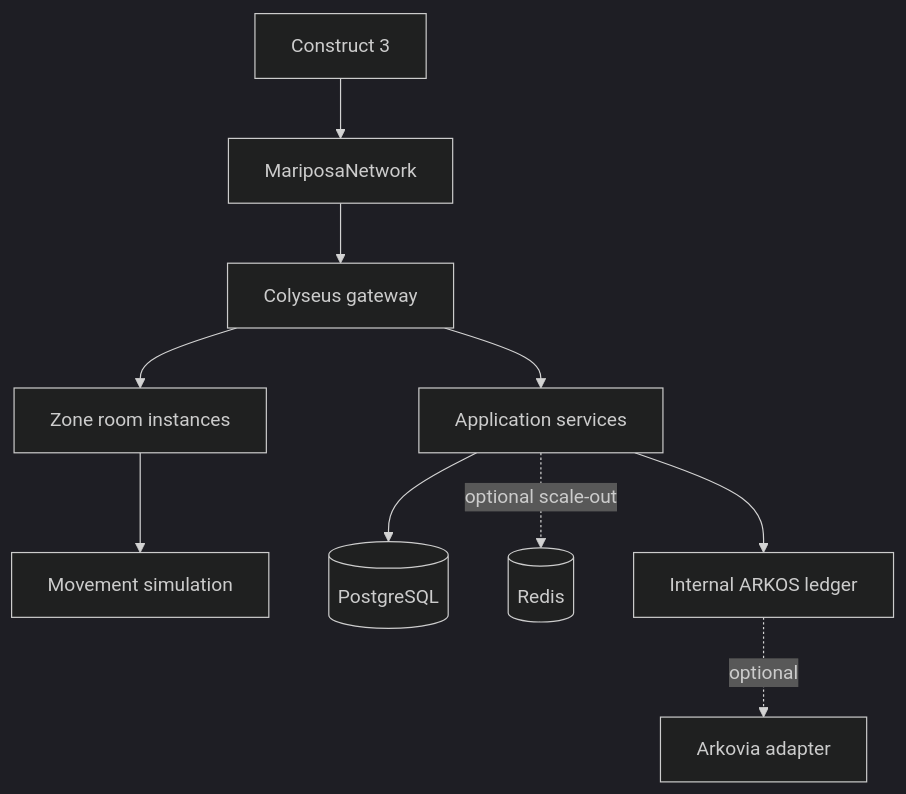
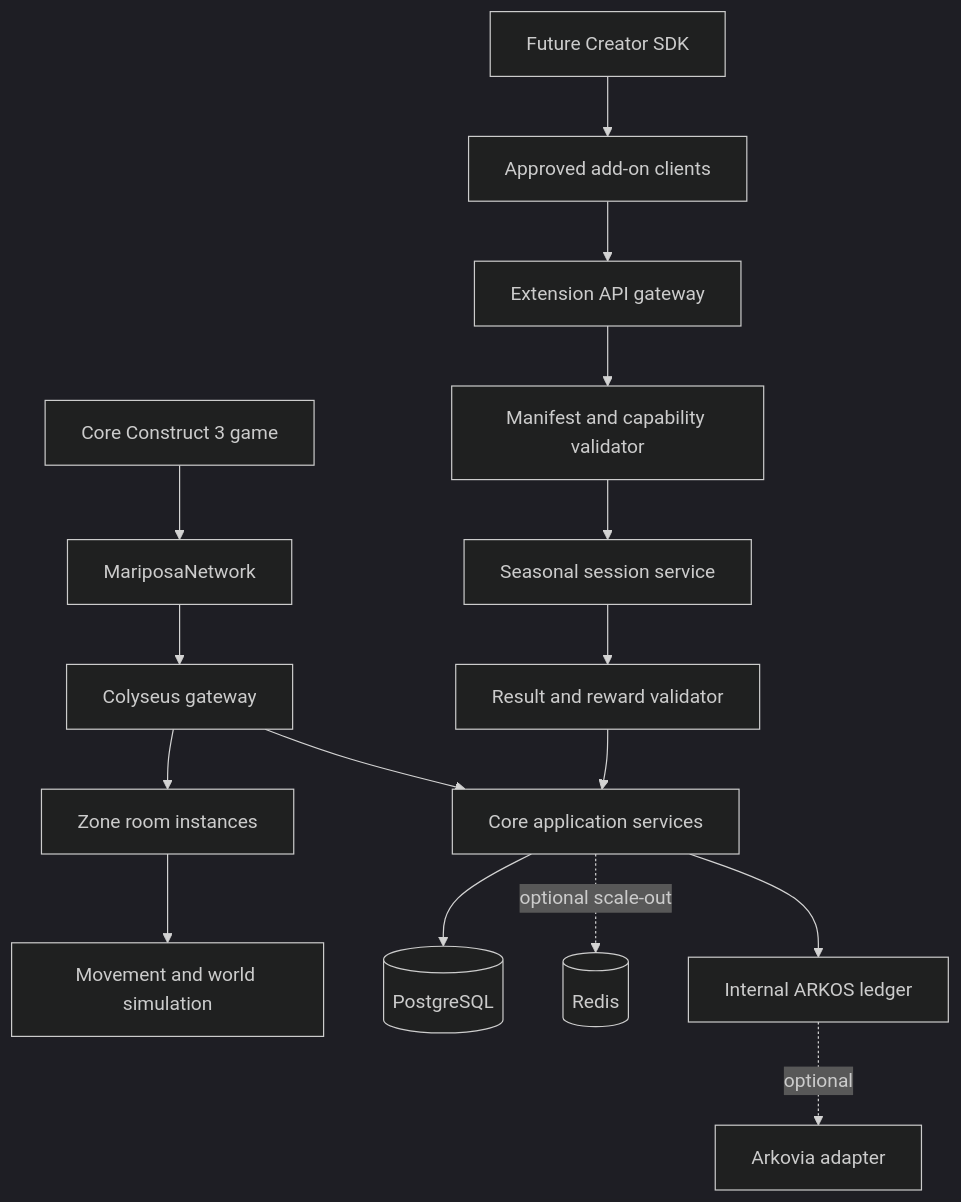
One commit to mycreationhaven/Mariposa-Universe-Server changed the first of 2 diagrams in docs/ARCHITECTURE.md. Above: the diagram before and after it, drawn with Mermaid (dark theme). The commit also changed other lines of this file, not shown here.

Commit message:
Expand minigame plugin and mod architecture

````diff
--- a/docs/ARCHITECTURE.md
+++ b/docs/ARCHITECTURE.md
@@ -3,12 +7,19 @@
 ```mermaid
 flowchart TD
-  C[Construct 3] --> N[MariposaNetwork]
-  N --> G[Colyseus gateway]
-  G --> R[Zone room instances]
-  R --> M[Movement simulation]
-  G --> S[Application services]
+  C["Core Construct 3 game"] --> N["MariposaNetwork"]
+  N --> G["Colyseus gateway"]
+  G --> R["Zone room instances"]
+  R --> M["Movement and world simulation"]
+  G --> S["Core application services"]
   S --> P[(PostgreSQL)]
-  S -. optional scale-out .-> D[(Redis)]
-  S --> E[Internal ARKOS ledger]
-  E -. optional .-> A[Arkovia adapter]
+  S -. "optional scale-out" .-> D[(Redis)]
+  S --> E["Internal ARKOS ledger"]
+  E -. "optional" .-> A["Arkovia adapter"]
+
+  SDK["Future Creator SDK"] --> AC["Approved add-on clients"]
+  AC --> X["Extension API gateway"]
+  X --> V["Manifest and capability validator"]
+  V --> SS["Seasonal session service"]
+  SS --> RV["Result and reward validator"]
+  RV --> S
 ```
````
